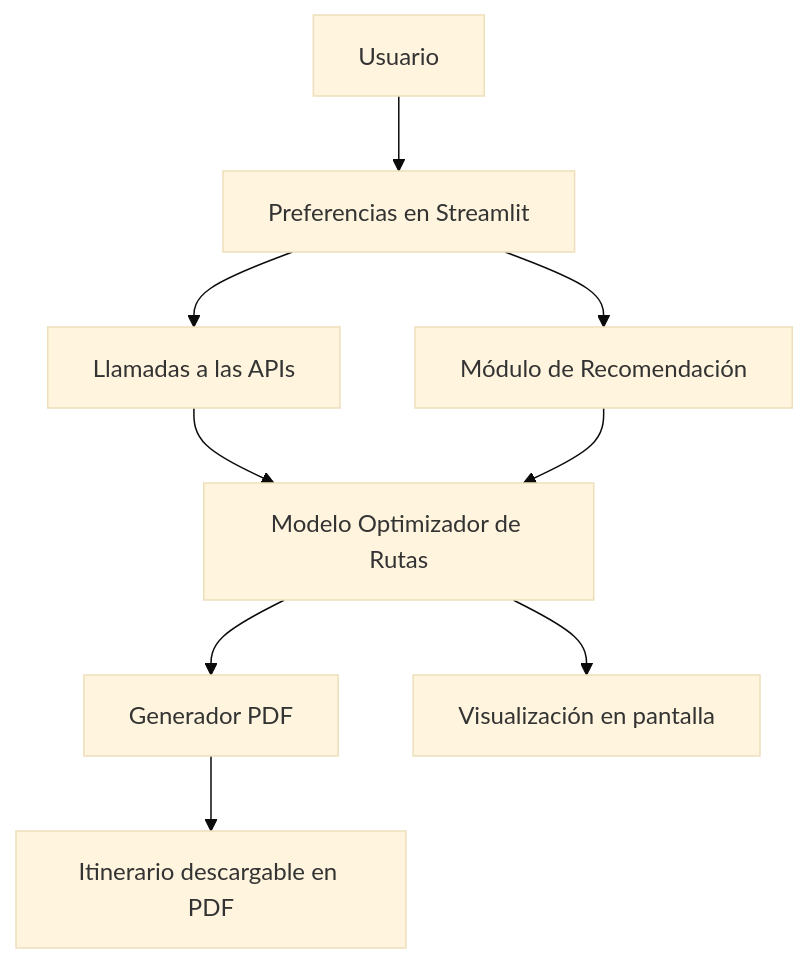
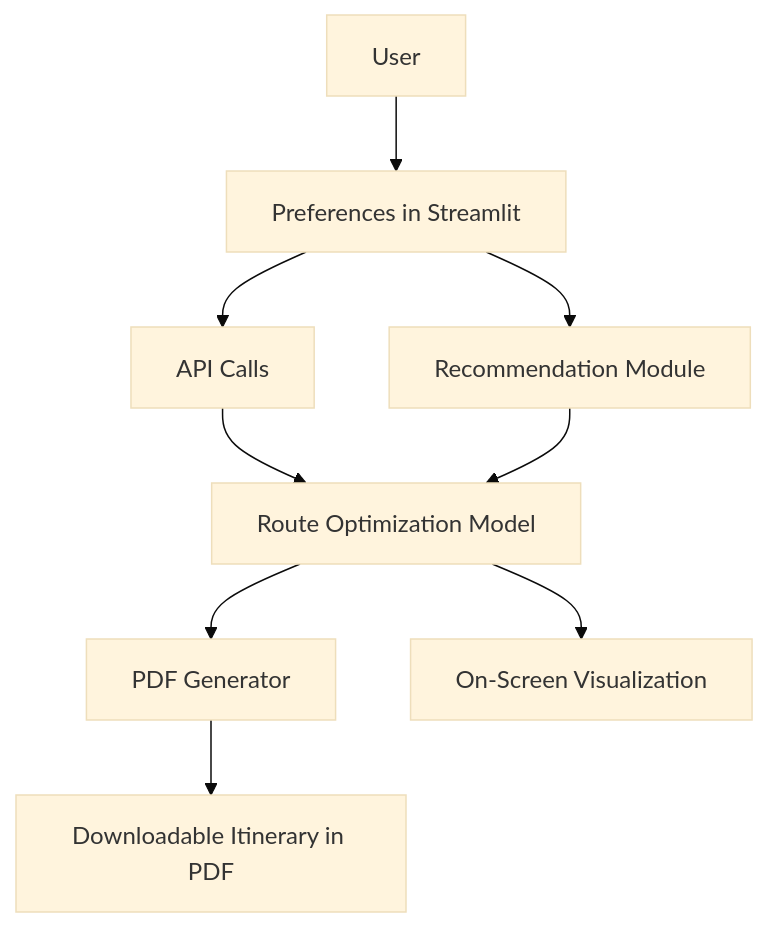
Before and after one commit to josemauma/Express_Gastronomic_Route: the diagram in README.md, drawn with Mermaid (base theme). The commit also changed other lines of this file, not shown here.

````diff
--- a/README.md
+++ b/README.md
@@ -21,13 +24,12 @@
 ```mermaid
 graph TD;
-    A[Usuario] --> B[Preferencias en Streamlit];
-    B --> C[Llamadas a las APIs];
-    B --> D[Módulo de Recomendación];
-    C --> E[Módulo de Optimización de Rutas];
-    D --> E[Modelo Optimizador de Rutas];
-    E --> F[Generador PDF];
-    F --> H[Itinerario descargable en PDF];
-    E --> G[Visualización en pantalla];
-    
+    A[User] --> B[Preferences in Streamlit];
+    B --> C[API Calls];
+    B --> D[Recommendation Module];
+    C --> E[Route Optimization Module];
+    D --> E[Route Optimization Model];
+    E --> F[PDF Generator];
+    F --> H[Downloadable Itinerary in PDF];
+    E --> G[On-Screen Visualization];
     
 ```
````
